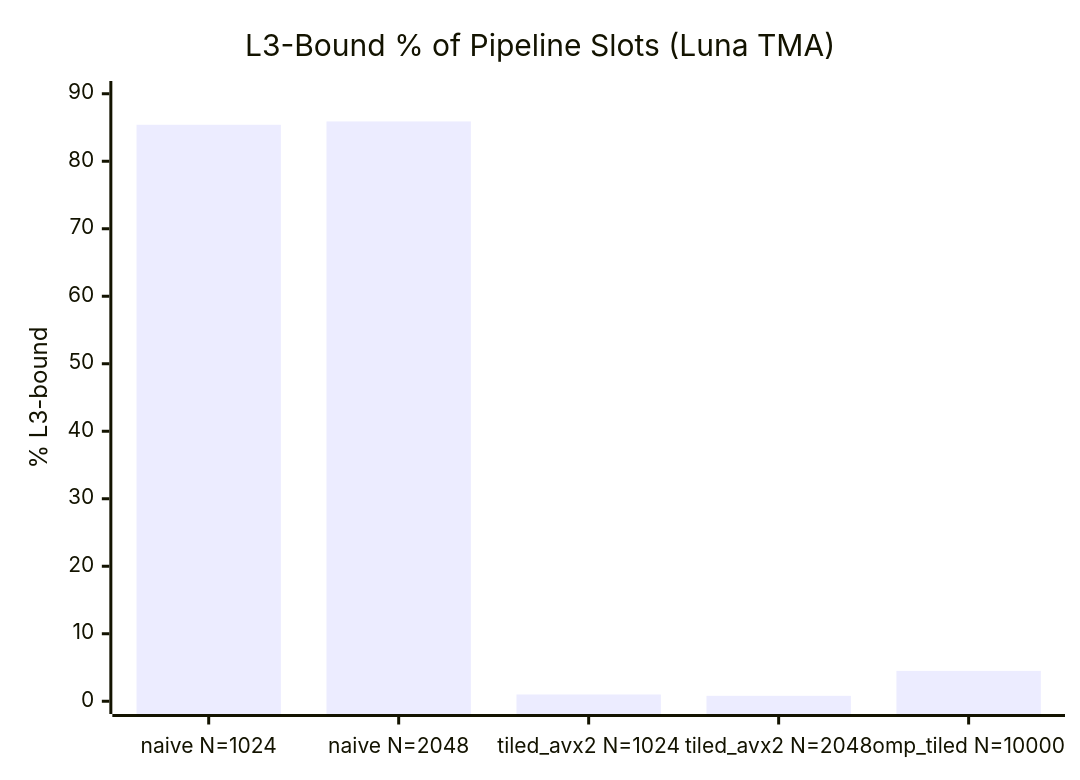
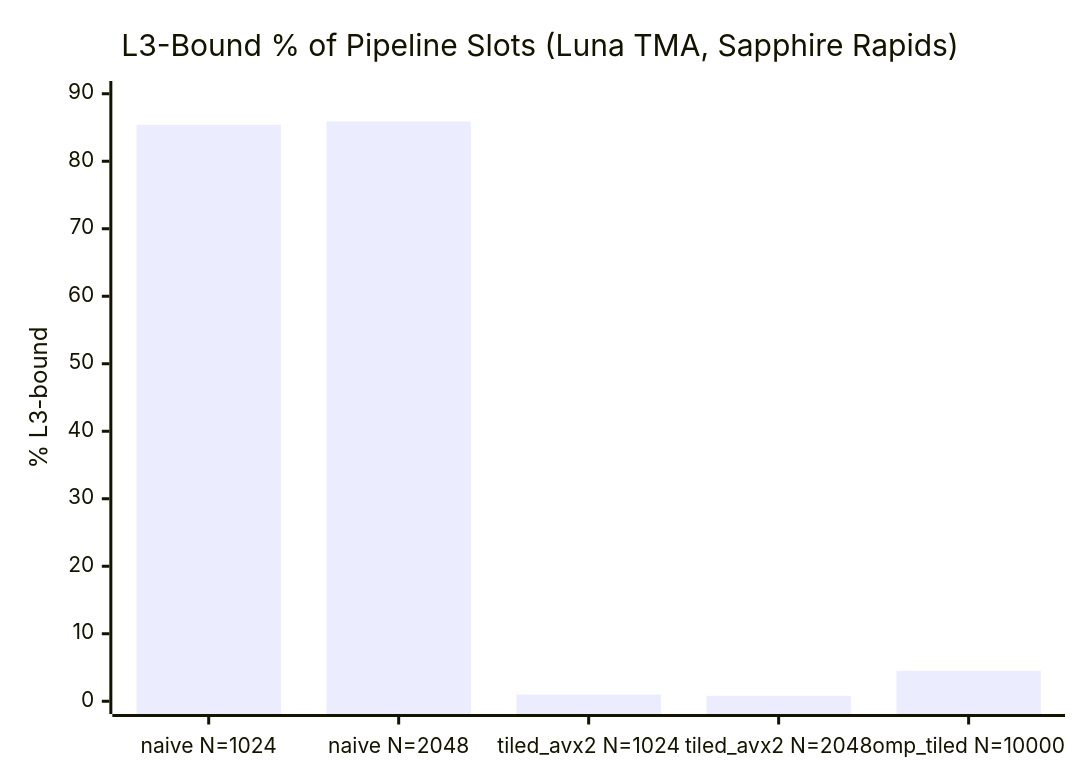
One commit to KathpaliaChirag/Nanopore-project changed the fourth of 23 diagrams in README.md. Above: the diagram before and after it, drawn with Mermaid. The commit also changed other lines of this file, not shown here.

First line of the commit message:
docs(README): comprehensive multi-section overhaul via 5-agent pipeline

````diff
--- a/README.md
+++ b/README.md
@@ -147,7 +265,7 @@
 ```mermaid
 xychart-beta
-    title "L3-Bound % of Pipeline Slots (Luna TMA)"
+    title "L3-Bound % of Pipeline Slots (Luna TMA, Sapphire Rapids)"
     x-axis ["naive N=1024", "naive N=2048", "tiled_avx2 N=1024", "tiled_avx2 N=2048", "omp_tiled N=10000"]
     y-axis "% L3-bound" 0 --> 90
     bar [85.4, 85.9, 1.0, 0.8, 4.5]
 ```
````
